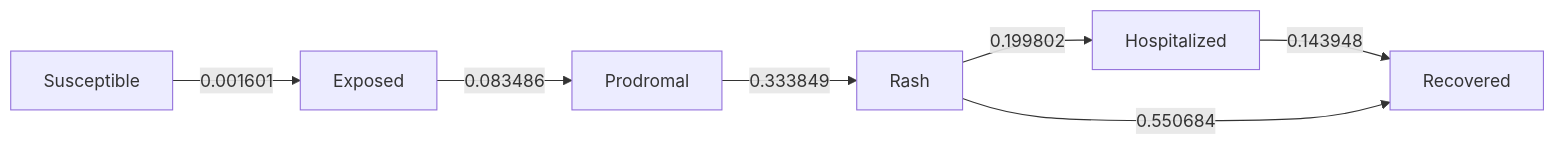
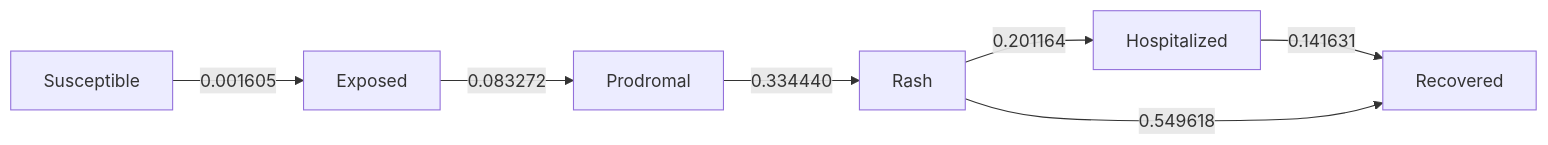
One commit to EpiForeSITE/epiworld-measles changed the diagram in scenarios/canyon_crest_74/README.md. Above: the diagram before and after it, drawn with Mermaid. The commit also changed other lines of this file and 41 other files, not shown here.

````diff
--- a/scenarios/canyon_crest_74/README.md
+++ b/scenarios/canyon_crest_74/README.md
@@ -136,16 +103,16 @@
 ``` mermaid
 flowchart LR
     s0[Exposed]
     s1[Hospitalized]
     s2[Prodromal]
     s3[Rash]
     s4[Recovered]
     s5[Susceptible]
-    s0 -->|0.083486| s2
-    s1 -->|0.143948| s4
-    s2 -->|0.333849| s3
-    s3 -->|0.199802| s1
-    s3 -->|0.550684| s4
-    s5 -->|0.001601| s0
+    s0 -->|0.083272| s2
+    s1 -->|0.141631| s4
+    s2 -->|0.334440| s3
+    s3 -->|0.201164| s1
+    s3 -->|0.549618| s4
+    s5 -->|0.001605| s0
 
 ```
````
